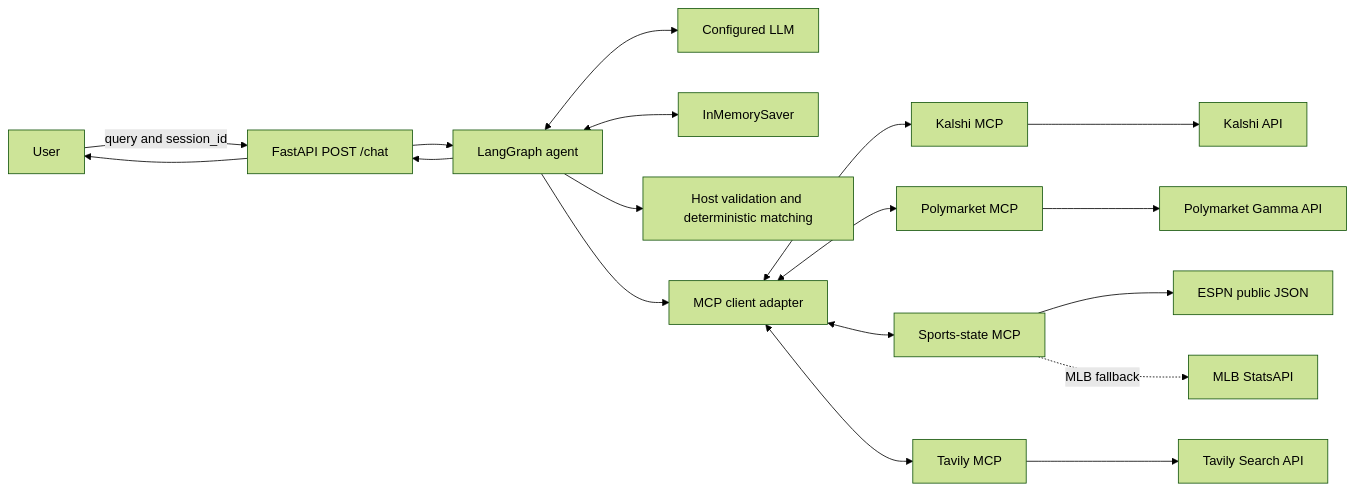
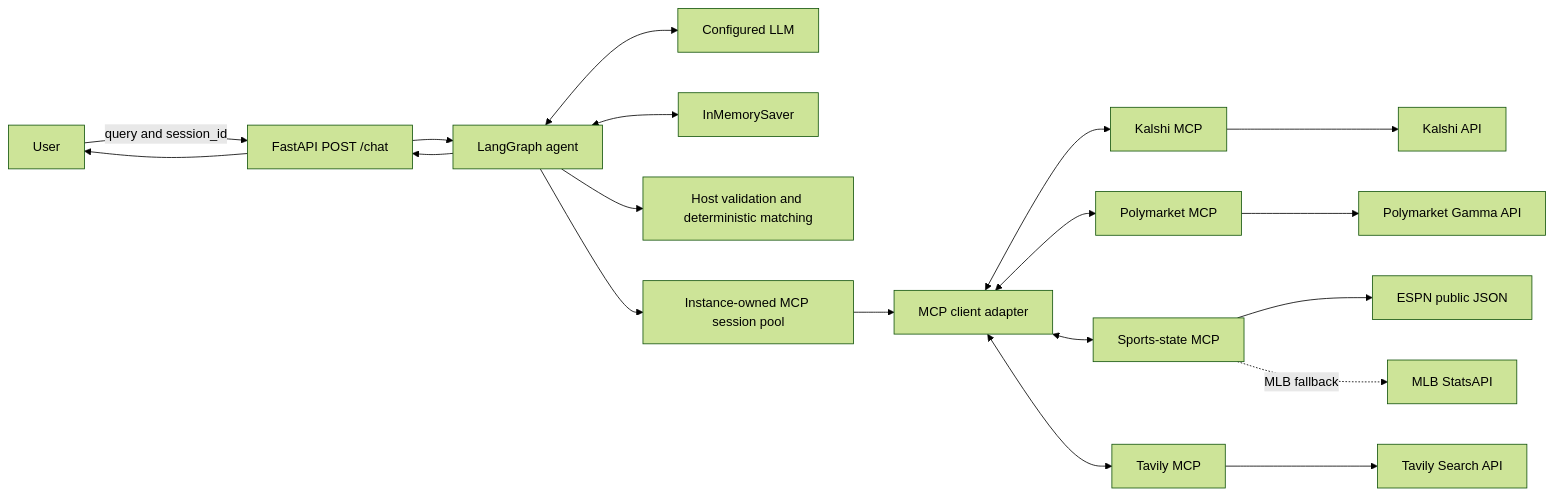
The first of 3 diagrams in README.md (waderylan/prediction-market-agent), drawn with Mermaid (forest theme) before and after one commit. The commit also changed other lines of this file and 10 other files, not shown here.

````diff
--- a/README.md
+++ b/README.md
@@ -283,20 +302,21 @@
 ```mermaid
 flowchart LR
     U[User] -->|query and session_id| F[FastAPI POST /chat]
     F --> G[LangGraph agent]
     G <--> L[Configured LLM]
     G <--> M[InMemorySaver]
     G --> V[Host validation and deterministic matching]
-    G --> A[MCP client adapter]
+    G --> MP[Instance-owned MCP session pool]
+    MP --> A[MCP client adapter]
     A <--> K[Kalshi MCP]
     A <--> P[Polymarket MCP]
     A <--> S[Sports-state MCP]
     A <--> T[Tavily MCP]
     K --> KA[Kalshi API]
     P --> PA[Polymarket Gamma API]
     S --> ESPN[ESPN public JSON]
     S -. MLB fallback .-> MLB[MLB StatsAPI]
     T --> TA[Tavily Search API]
     G --> F
     F --> U
 ```
````
